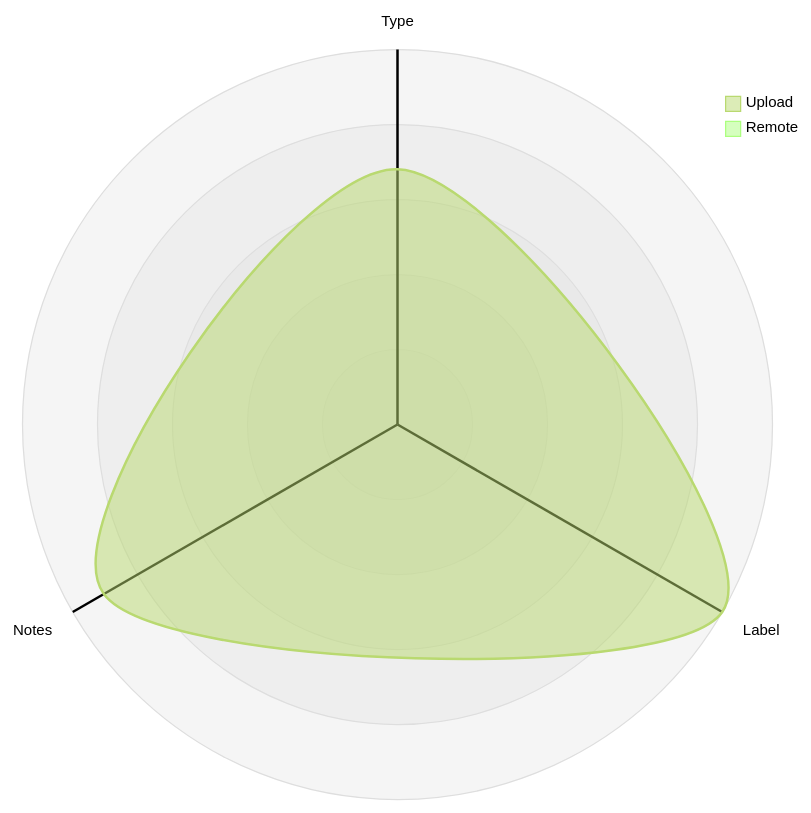
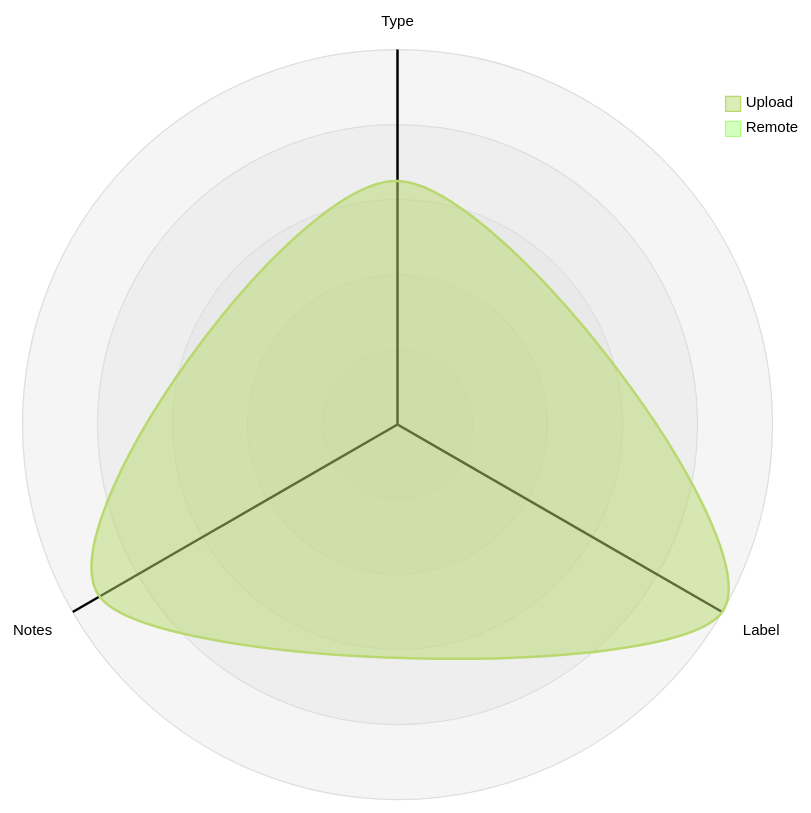
One commit to open-data/analytics-corporate-reporting changed the third of 5 diagrams in datastore_tracker/README.md. Above: the diagram before and after it, drawn with Mermaid (forest theme). The commit also changed other lines of this file and 9 other files, not shown here.

````diff
--- a/datastore_tracker/README.md
+++ b/datastore_tracker/README.md
@@ -107,12 +107,12 @@
 ```mermaid
 radar-beta
   axis T["Type"], L["Label"], N["Notes"]
-  curve u["Upload"]{0.00064, 0.00094, 0.00085}
+  curve u["Upload"]{0.00063, 0.00097, 0.00089}
   curve r["Remote"]{0, 0, 0}
 
   showLegend true
 
   min 0
   graticule circle
   ticks 5
 ```
````
